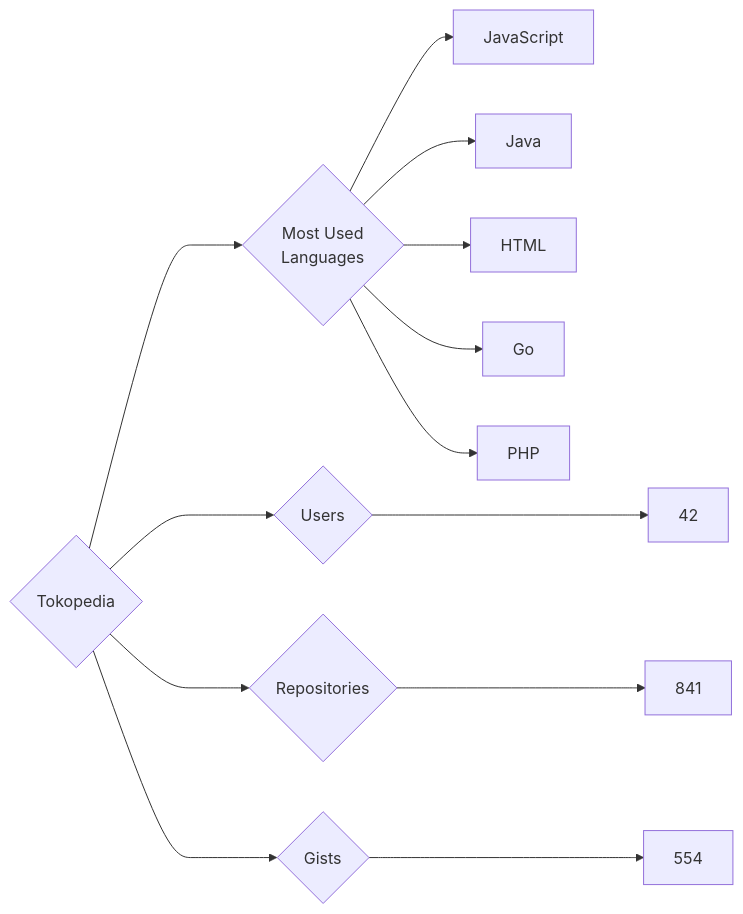
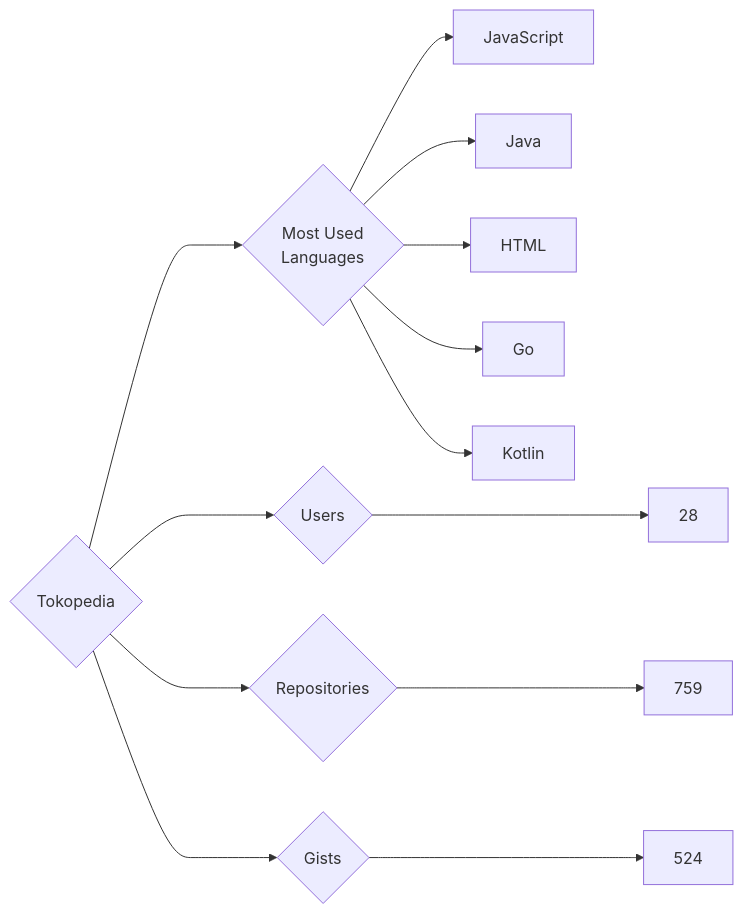
Before and after one commit to trickest/insiders: the diagram in targets/Tokopedia/README.md, drawn with Mermaid. The commit also changed 965 other files, not shown here.

````diff
--- a/targets/Tokopedia/README.md
+++ b/targets/Tokopedia/README.md
@@ -3,13 +3,13 @@
 ```mermaid
 graph LR
 COMPANY_NAME{Tokopedia}
-COMPANY_NAME ---> U{Users} ---> UN[42]
-COMPANY_NAME ---> R{Repositories} ---> RN[841]
-COMPANY_NAME ---> G{Gists} ---> GN[554]
+COMPANY_NAME ---> U{Users} ---> UN[28]
+COMPANY_NAME ---> R{Repositories} ---> RN[759]
+COMPANY_NAME ---> G{Gists} ---> GN[524]
 COMPANY_NAME ---> ML{Most Used<br>Languages}
 ML --> JavaScript[JavaScript]
 ML --> Java[Java]
 ML --> HTML[HTML]
 ML --> Go[Go]
-ML --> PHP[PHP]
+ML --> Kotlin[Kotlin]
 ```
````
